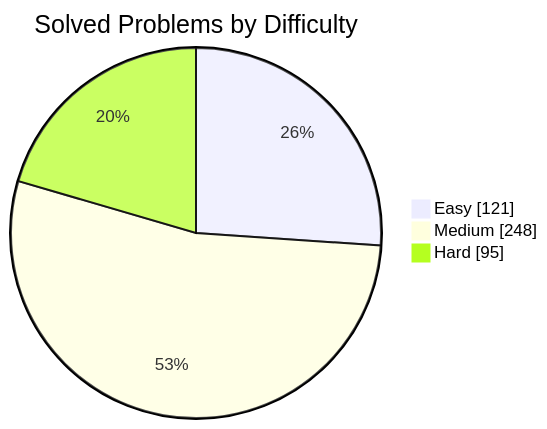
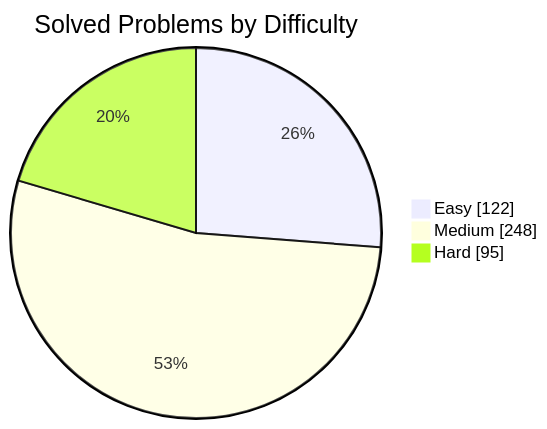
Before and after one commit to manikantbindass/DSA-Preparation-FAANG: the first of 2 diagrams in README.md, drawn with Mermaid. The commit also changed other lines of this file and 1 other file, not shown here.

````diff
--- a/README.md
+++ b/README.md
@@ -77,7 +77,7 @@
 ```mermaid
 pie showData
     title Solved Problems by Difficulty
-    "Easy" : 121
+    "Easy" : 122
     "Medium" : 248
     "Hard" : 95
 ```
````
